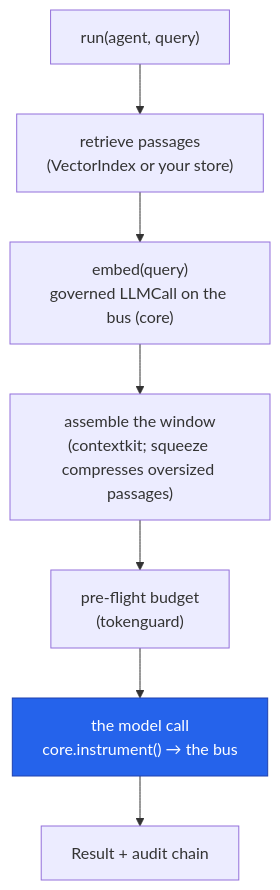
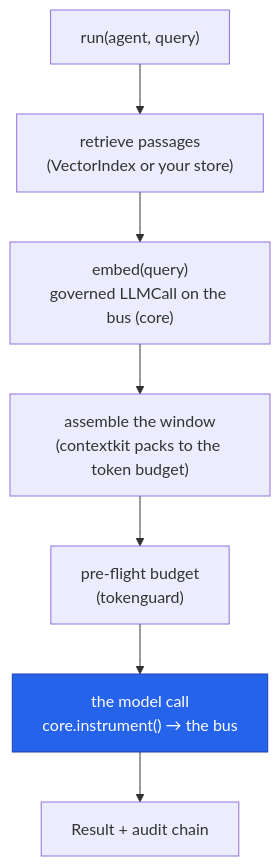
Before and after one commit to cendorhq/cendor-sdk: the diagram in docs/rag.md, drawn with Mermaid. The commit also changed other lines of this file and 9 other files, not shown here.

````diff
--- a/docs/rag.md
+++ b/docs/rag.md
@@ -156,16 +157,16 @@
 ```mermaid
 %%{init: {"flowchart": {"htmlLabels": false}} }%%
 graph TD
     Q["run(agent, query)"]
     RET["retrieve passages<br/>(VectorIndex or your store)"]
     EMB["embed(query)<br/>governed LLMCall on the bus (core)"]
-    ASM["assemble the window<br/>(contextkit; squeeze compresses oversized passages)"]
+    ASM["assemble the window<br/>(contextkit packs to the token budget)"]
     BUD["pre-flight budget<br/>(tokenguard)"]
     CALL["the model call<br/>core.instrument() → the bus"]
     OUT["Result + audit chain"]
 
     Q --> RET --> EMB --> ASM --> BUD --> CALL --> OUT
 
     classDef seam fill:#2563EB,color:#ffffff,stroke:#1E40AF;
     class CALL seam;
 ```
````
